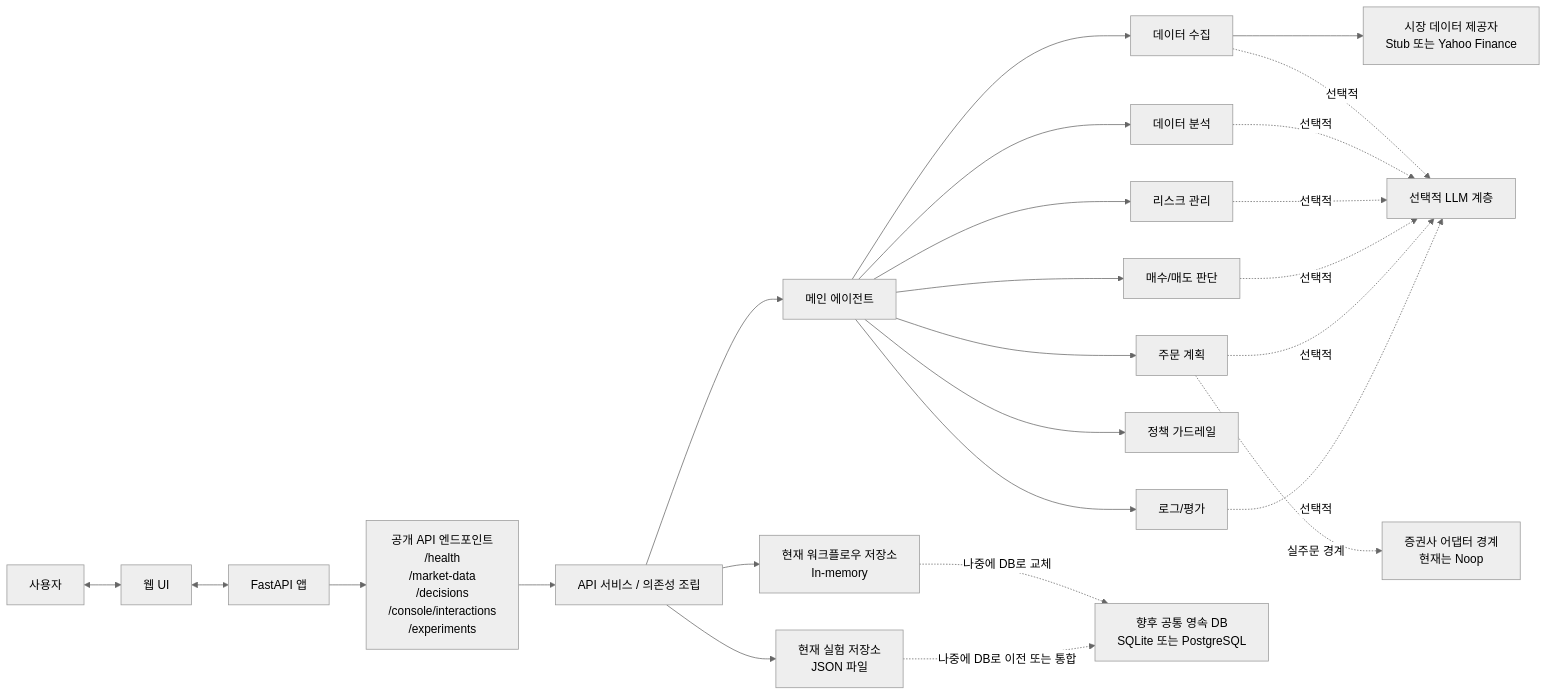
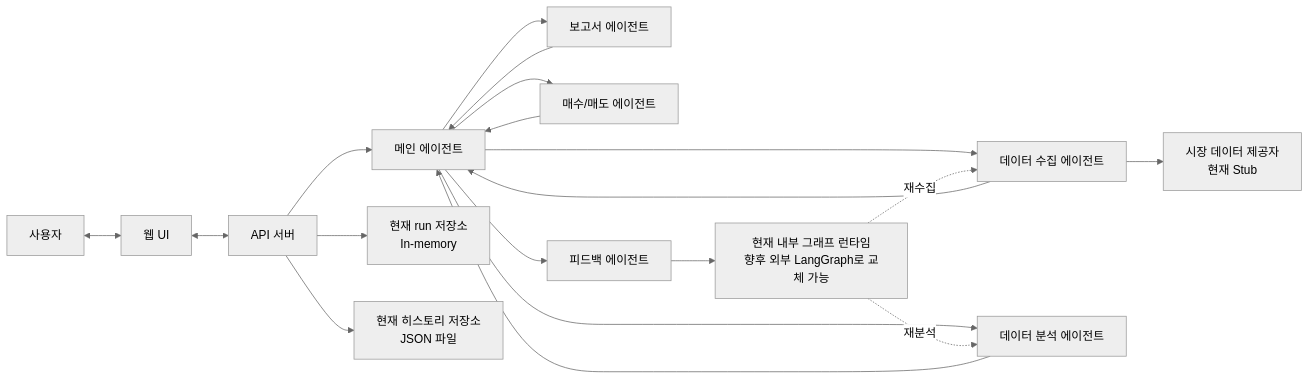
One commit to lukakas0213/agent-pay-for-urself changed the diagram in docs/repository-map.md. Above: the diagram before and after it, drawn with Mermaid (neutral theme). The commit also changed other lines of this file and 14 other files, not shown here.

Commit message:
fixed: README and lang graph added

````diff
--- a/docs/repository-map.md
+++ b/docs/repository-map.md
@@ -26,54 +25,40 @@
 ```mermaid
 flowchart LR
     U["사용자"]
     UI["웹 UI"]
-    API["FastAPI 앱"]
-    ROUTES["공개 API 엔드포인트\n/health\n/market-data\n/decisions\n/console/interactions\n/experiments"]
-    DEP["API 서비스 / 의존성 조립"]
+    API["API 서버"]
     MA["메인 에이전트"]
 
-    DC["데이터 수집"]
-    DA["데이터 분석"]
-    RM["리스크 관리"]
-    BS["매수/매도 판단"]
-    OE["주문 계획"]
-    PG["정책 가드레일"]
-    LE["로그/평가"]
+    DC["데이터 수집 에이전트"]
+    DA["데이터 분석 에이전트"]
+    RP["보고서 에이전트"]
+    BS["매수/매도 에이전트"]
+    FB["피드백 에이전트"]
 
-    MDP["시장 데이터 제공자\nStub 또는 Yahoo Finance"]
-    LLM["선택적 LLM 계층"]
-    BROKER["증권사 어댑터 경계\n현재는 Noop"]
-
-    WR["현재 워크플로우 저장소\nIn-memory"]
-    ER["현재 실험 저장소\nJSON 파일"]
-    DB["향후 공통 영속 DB\nSQLite 또는 PostgreSQL"]
+    MDP["시장 데이터 제공자\n현재 Stub"]
+    RUNS["현재 run 저장소\nIn-memory"]
+    HIST["현재 히스토리 저장소\nJSON 파일"]
+    LG["현재 내부 그래프 런타임
+향후 외부 LangGraph로 교체 가능"]
 
     U <--> UI
     UI <--> API
-    API --> ROUTES
-    ROUTES --> DEP
-    DEP --> MA
+    API --> MA
+    API --> RUNS
+    API --> HIST
 
     MA --> DC
+    DC --> MA
     MA --> DA
-    MA --> RM
+    DA --> MA
+    MA --> RP
+    RP --> MA
     MA --> BS
-    MA --> OE
-    MA --> PG
-    MA --> LE
+    BS --> MA
+    MA --> FB
 
     DC --> MDP
-    DC -. 선택적 .-> LLM
-    DA -. 선택적 .-> LLM
-    RM -. 선택적 .-> LLM
-    BS -. 선택적 .-> LLM
-    OE -. 선택적 .-> LLM
-    LE -. 선택적 .-> LLM
-
-    DEP --> WR
-    DEP --> ER
-    WR -. 나중에 DB로 교체 .-> DB
-    ER -. 나중에 DB로 이전 또는 통합 .-> DB
-
-    OE -. 실주문 경계 .-> BROKER
+    FB --> LG
+    LG -. 재수집 .-> DC
+    LG -. 재분석 .-> DA
 ```
````
